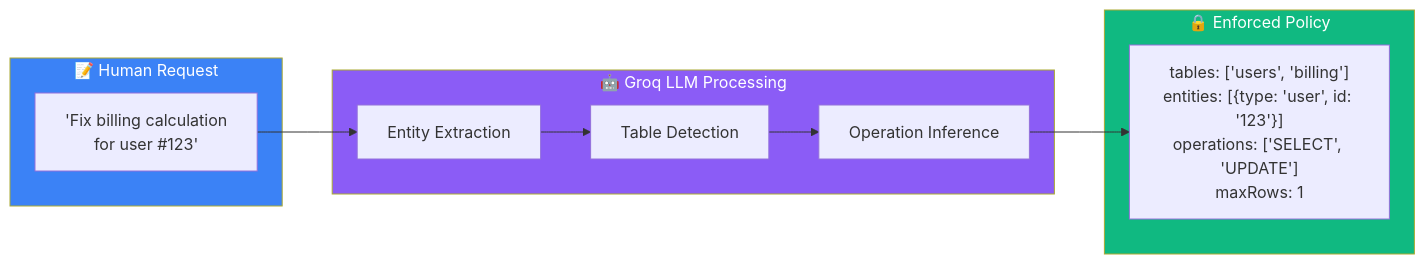
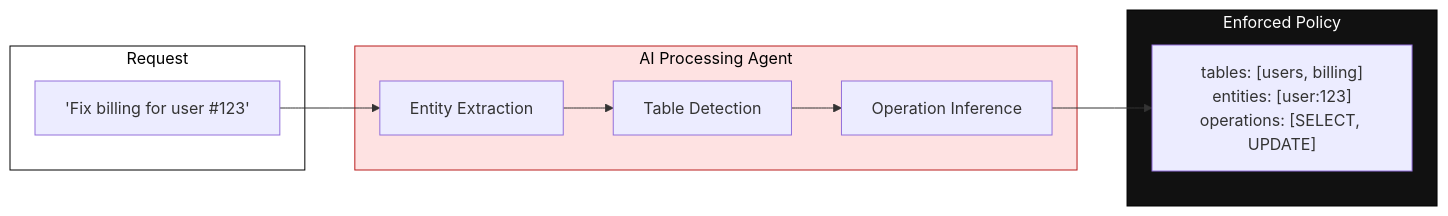
One commit to soumyacodes007/GlassKiss changed the second of 7 diagrams in README.md. Above: the diagram before and after it, drawn with Mermaid. The commit also changed other lines of this file, not shown here.

````diff
--- a/README.md
+++ b/README.md
@@ -157,22 +136,22 @@
 ```mermaid
 flowchart LR
-    subgraph Input["📝 Human Request"]
-        A["'Fix billing calculation<br/>for user #123'"]
+    subgraph Input["Request"]
+        A["'Fix billing for user #123'"]
     end
 
-    subgraph AI["🤖 Groq LLM Processing"]
+    subgraph AI["AI Processing Agent"]
         B[Entity Extraction]
         C[Table Detection]
         D[Operation Inference]
     end
 
-    subgraph Output["🔒 Enforced Policy"]
-        E["tables: ['users', 'billing']<br/>entities: [{type: 'user', id: '123'}]<br/>operations: ['SELECT', 'UPDATE']<br/>maxRows: 1"]
+    subgraph Output["Enforced Policy"]
+        E["tables: [users, billing]<br/>entities: [user:123]<br/>operations: [SELECT, UPDATE]"]
     end
 
     A --> B --> C --> D --> E
 
-    style Input fill:#3b82f6,color:#fff
-    style AI fill:#8b5cf6,color:#fff
-    style Output fill:#10b981,color:#fff
+    style Input fill:#fff,stroke:#000,color:#000
+    style AI fill:#fee2e2,stroke:#b91c1c,color:#000
+    style Output fill:#111,stroke:#000,color:#fff
 ```
````
